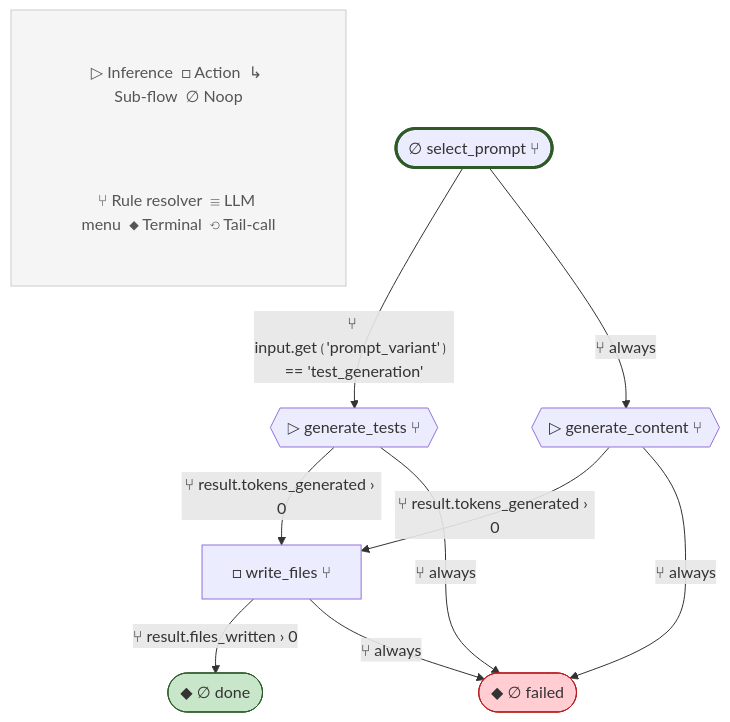
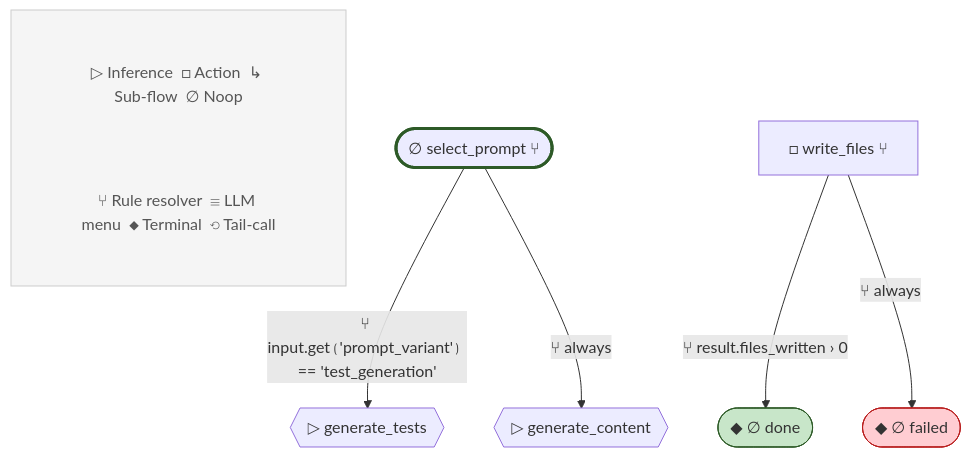
One commit to lah-rb/ouroboros changed the tenth of 40 diagrams in blueprint.md. Above: the diagram before and after it, drawn with Mermaid. The commit also changed other lines of this file and 2 other files, not shown here.

````diff
--- a/blueprint.md
+++ b/blueprint.md
@@ -863,33 +1032,29 @@
 ```mermaid
 flowchart TD
     %% create v2
 
     subgraph Legend[" "]
         L1["▷ Inference  □ Action  ↳ Sub-flow  ∅ Noop"]
         L2["⑂ Rule resolver  ☰ LLM menu  ◆ Terminal  ⟲ Tail-call"]
     end
     style Legend fill:#f5f5f5,stroke:#ccc,stroke-width:1px
     style L1 fill:#f5f5f5,stroke:none,color:#555
     style L2 fill:#f5f5f5,stroke:none,color:#555
 
     select_prompt(["∅ select_prompt ⑂"])
-    generate_content{{"▷ generate_content ⑂"}}
-    generate_tests{{"▷ generate_tests ⑂"}}
+    generate_content{{"▷ generate_content"}}
+    generate_tests{{"▷ generate_tests"}}
     write_files["□ write_files ⑂"]
     done(["◆ ∅ done"])
     failed(["◆ ∅ failed"])
 
     style select_prompt stroke-width:3px,stroke:#2d5a27
 
     select_prompt -->|⑂ input.get⟮'prompt_variant'⟯ == 'test_generation'| generate_tests
     select_prompt -->|⑂ always| generate_content
-    generate_content -->|⑂ result.tokens_generated › 0| write_files
-    generate_content -->|⑂ always| failed
-    generate_tests -->|⑂ result.tokens_generated › 0| write_files
-    generate_tests -->|⑂ always| failed
     write_files -->|⑂ result.files_written › 0| done
     write_files -->|⑂ always| failed
 
     style done fill:#c8e6c9,stroke:#2d5a27
     style failed fill:#ffcdd2,stroke:#b71c1c
 ```
````
